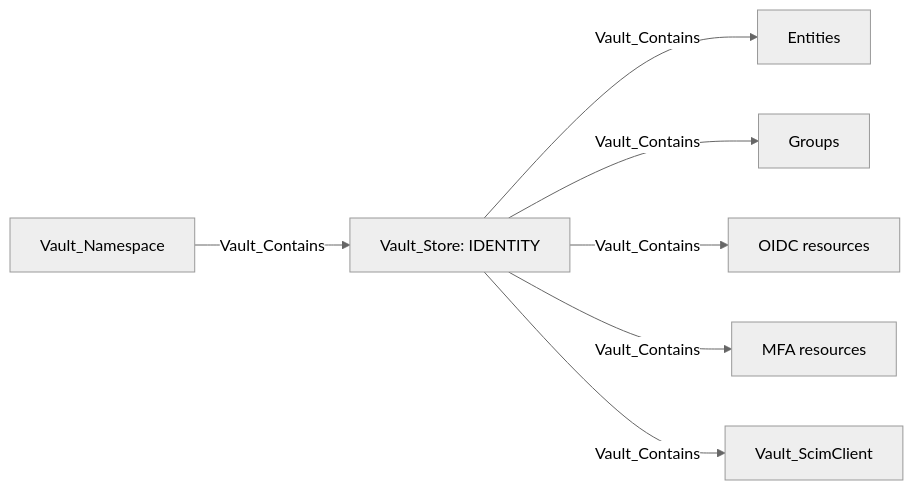
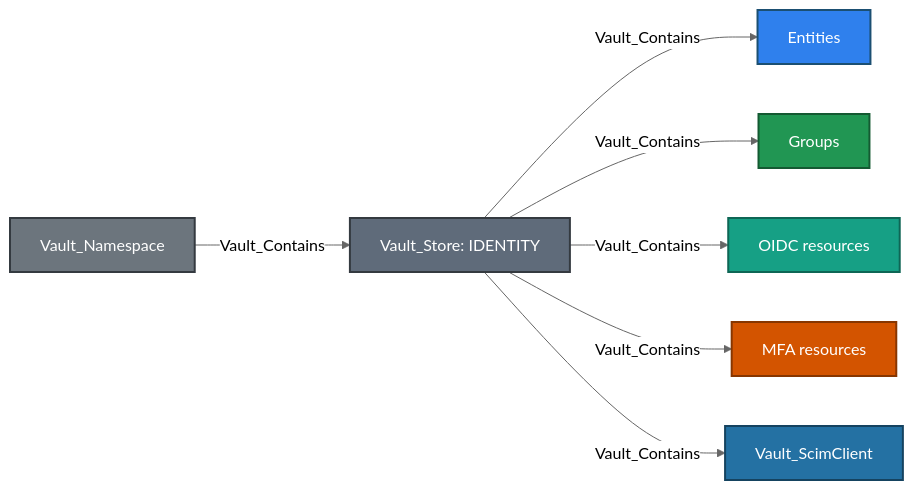
Before and after one commit to bytewreck/opengraph-vault: the first of 11 diagrams in Documentation/stores/IDENTITY.md, drawn with Mermaid (neutral theme). The commit also changed other lines of this file and 4 other files, not shown here.

````diff
--- a/Documentation/stores/IDENTITY.md
+++ b/Documentation/stores/IDENTITY.md
@@ -5,9 +5,17 @@
 ```mermaid
 flowchart LR
-    namespace[Vault_Namespace] -->|Vault_Contains| store[Vault_Store: IDENTITY]
-    store -->|Vault_Contains| entity[Entities]
-    store -->|Vault_Contains| group[Groups]
-    store -->|Vault_Contains| oidc[OIDC resources]
-    store -->|Vault_Contains| mfa[MFA resources]
-    store -->|Vault_Contains| scim[Vault_ScimClient]
+    namespace[Vault_Namespace]:::namespaceNode -->|Vault_Contains| store[Vault_Store: IDENTITY]:::storeNode
+    store -->|Vault_Contains| entity[Entities]:::entityNode
+    store -->|Vault_Contains| group[Groups]:::groupNode
+    store -->|Vault_Contains| oidc[OIDC resources]:::oidcNode
+    store -->|Vault_Contains| mfa[MFA resources]:::mfaNode
+    store -->|Vault_Contains| scim[Vault_ScimClient]:::scimNode
+
+    classDef namespaceNode fill:#6C757D,color:#fff,stroke:#343A40,stroke-width:2px
+    classDef storeNode fill:#5F6B7A,color:#fff,stroke:#343A40,stroke-width:2px
+    classDef entityNode fill:#2F80ED,color:#fff,stroke:#1B4F72,stroke-width:2px
+    classDef groupNode fill:#219653,color:#fff,stroke:#145A32,stroke-width:2px
+    classDef oidcNode fill:#16A085,color:#fff,stroke:#0E6655,stroke-width:2px
+    classDef mfaNode fill:#D35400,color:#fff,stroke:#873600,stroke-width:2px
+    classDef scimNode fill:#2471A3,color:#fff,stroke:#154360,stroke-width:2px
 ```
````
